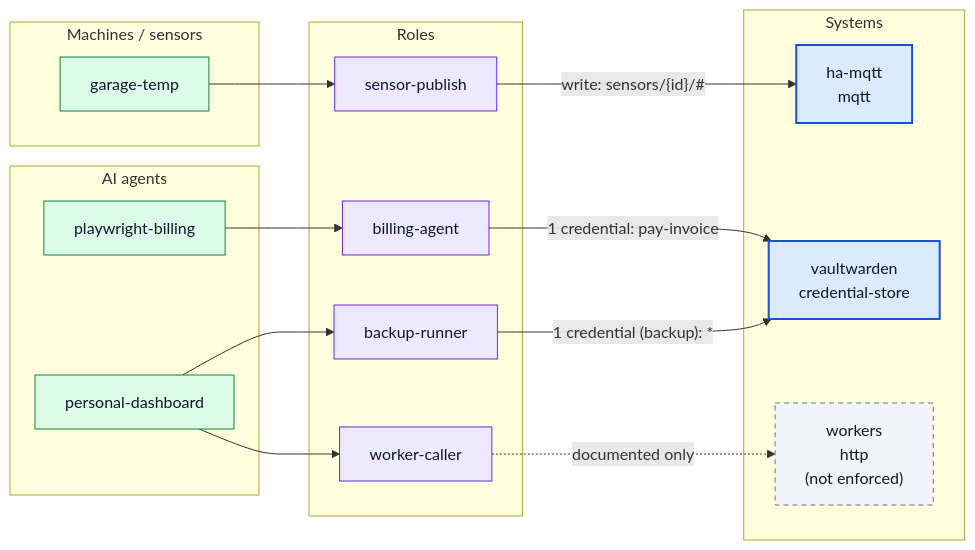
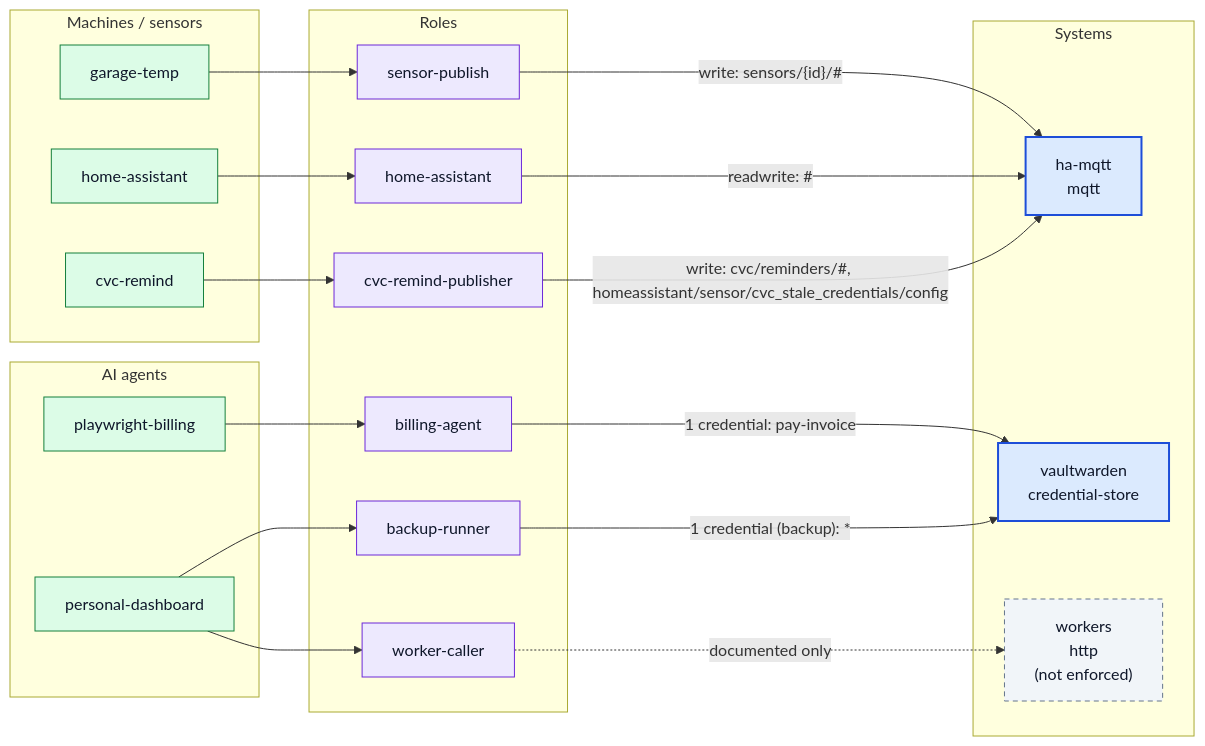
One commit to opusvar/credential_organizer changed the diagram in docs/access-graph.example.md. Above: the diagram before and after it, drawn with Mermaid. The commit also changed other lines of this file and 2 other files, not shown here.

Commit message:
Wire mosquitto/graph builders into cvc-access; add --system; refresh graph snapshot
Claude-Session: https://claude.ai/code/session_01F8MMZA1LPCCYrZtSyJCRM8

````diff
--- a/docs/access-graph.example.md
+++ b/docs/access-graph.example.md
@@ -5,40 +5,48 @@
 ```mermaid
 flowchart LR
     subgraph agents["AI agents"]
         p_personal_dashboard["personal-dashboard"]
         p_playwright_billing["playwright-billing"]
     end
     subgraph machines["Machines / sensors"]
+        p_cvc_remind["cvc-remind"]
         p_garage_temp["garage-temp"]
+        p_home_assistant["home-assistant"]
     end
     subgraph roles["Roles"]
         r_backup_runner["backup-runner"]
         r_billing_agent["billing-agent"]
+        r_cvc_remind_publisher["cvc-remind-publisher"]
+        r_home_assistant["home-assistant"]
         r_sensor_publish["sensor-publish"]
         r_worker_caller["worker-caller"]
     end
     subgraph systems["Systems"]
         s_ha_mqtt["ha-mqtt<br/>mqtt"]
         s_vaultwarden["vaultwarden<br/>credential-store"]
         s_workers["workers<br/>http<br/>(not enforced)"]
     end
     p_personal_dashboard --> r_backup_runner
     p_personal_dashboard --> r_worker_caller
     p_playwright_billing --> r_billing_agent
+    p_cvc_remind --> r_cvc_remind_publisher
     p_garage_temp --> r_sensor_publish
+    p_home_assistant --> r_home_assistant
     r_backup_runner -->|"1 credential #40;backup#41;: *"| s_vaultwarden
     r_billing_agent -->|"1 credential: pay-invoice"| s_vaultwarden
+    r_cvc_remind_publisher -->|"write: cvc/reminders/#35;, homeassistant/sensor/cvc_stale_credentials/config"| s_ha_mqtt
+    r_home_assistant -->|"readwrite: #35;"| s_ha_mqtt
     r_sensor_publish -->|"write: sensors/#123;id#125;/#35;"| s_ha_mqtt
     r_worker_caller -.->|"documented only"| s_workers
     classDef enforced fill:#dbeafe,stroke:#1d4ed8,color:#0f172a,stroke-width:2px
     classDef unenforced fill:#f1f5f9,stroke:#64748b,color:#0f172a,stroke-dasharray:5 4
     classDef role fill:#ede9fe,stroke:#6d28d9,color:#0f172a
     classDef orphan fill:#fef9c3,stroke:#a16207,color:#0f172a,stroke-dasharray:2 3
     classDef principal fill:#dcfce7,stroke:#15803d,color:#0f172a
     classDef expired fill:#e5e7eb,stroke:#9ca3af,color:#6b7280,stroke-dasharray:3 3
     classDef soon fill:#fed7aa,stroke:#c2410c,color:#0f172a,stroke-width:2px
     class s_ha_mqtt,s_vaultwarden enforced
-    class p_personal_dashboard,p_playwright_billing,p_garage_temp principal
-    class r_backup_runner,r_billing_agent,r_sensor_publish,r_worker_caller role
+    class p_personal_dashboard,p_playwright_billing,p_cvc_remind,p_garage_temp,p_home_assistant principal
+    class r_backup_runner,r_billing_agent,r_cvc_remind_publisher,r_home_assistant,r_sensor_publish,r_worker_caller role
     class s_workers unenforced
 ```
````
